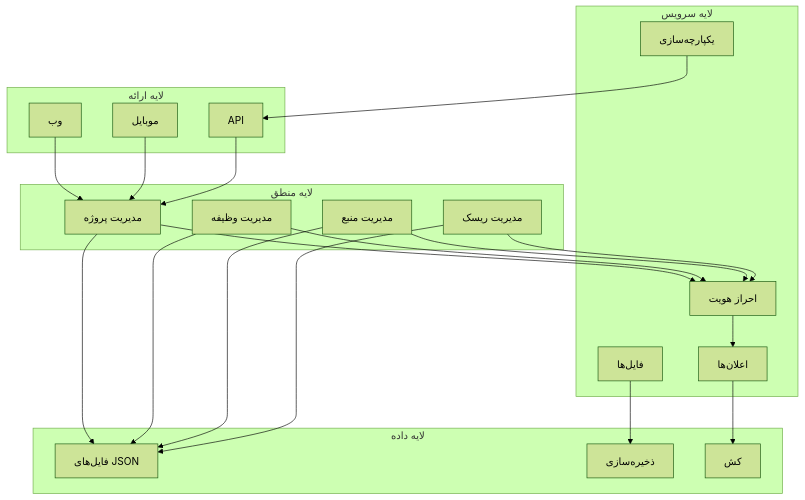
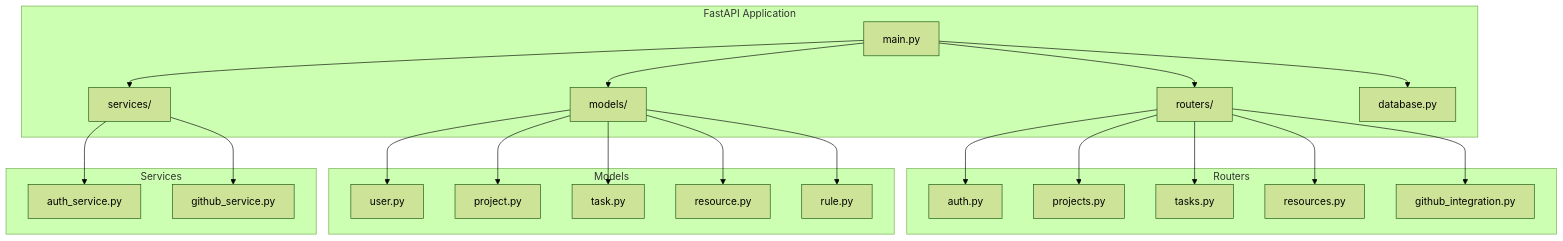
The second of 8 diagrams in Docs/Architecture_doc.md (Shakour-Data/GravityManagement), drawn with Mermaid (forest theme) before and after one commit. The commit also changed other lines of this file, not shown here.

First line of the commit message:
docs: Update architecture documentation to reflect new tech stack

````diff
--- a/Docs/Architecture_doc.md
+++ b/Docs/Architecture_doc.md
@@ -265,46 +87,48 @@
 ```mermaid
 graph TB
-    subgraph "لایه ارائه"
-        A[وب]
-        B[موبایل]
-        C[API]
+    subgraph "FastAPI Application"
+        A[main.py]
+        B[routers/]
+        C[models/]
+        D[services/]
+        E[database.py]
     end
-    
-    subgraph "لایه منطق"
-        D[مدیریت پروژه]
-        E[مدیریت وظیفه]
-        F[مدیریت منبع]
-        G[مدیریت ریسک]
+
+    subgraph "Routers"
+        F[auth.py]
+        G[projects.py]
+        H[tasks.py]
+        I[resources.py]
+        J[github_integration.py]
     end
-    
-    subgraph "لایه سرویس"
-        H[احراز هویت]
-        I[اعلان‌ها]
-        J[فایل‌ها]
-        K[یکپارچه‌سازی]
+
+    subgraph "Models"
+        K[user.py]
+        L[project.py]
+        M[task.py]
+        N[resource.py]
+        O[rule.py]
     end
-    
-    subgraph "لایه داده"
-        L[فایل‌های JSON]
-        M[ذخیره‌سازی]
-        N[کش]
+
+    subgraph "Services"
+        P[auth_service.py]
+        Q[github_service.py]
     end
-    
+
+    A --> B
+    A --> C
     A --> D
-    B --> D
-    C --> D
-    D --> H
-    E --> H
-    F --> H
-    G --> H
-    
-    D --> L
-    E --> L
-    F --> L
-    G --> L
-    
-    H --> I
-    I --> N
-    J --> M
-    K --> C
+    A --> E
+    B --> F
+    B --> G
+    B --> H
+    B --> I
+    B --> J
+    C --> K
+    C --> L
+    C --> M
+    C --> N
+    C --> O
+    D --> P
+    D --> Q
 ```
````
